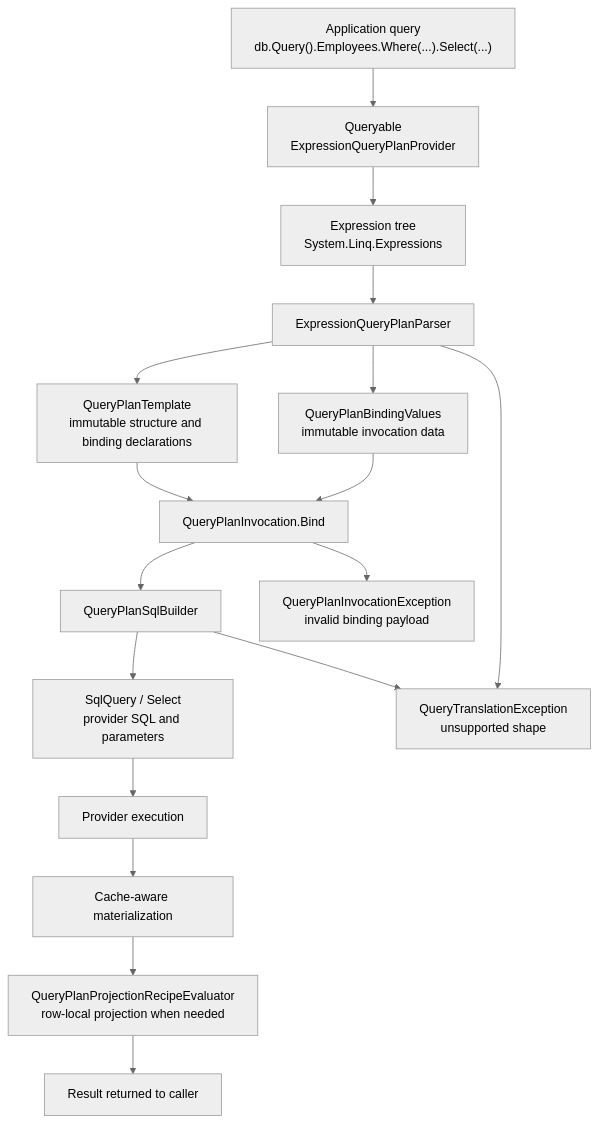
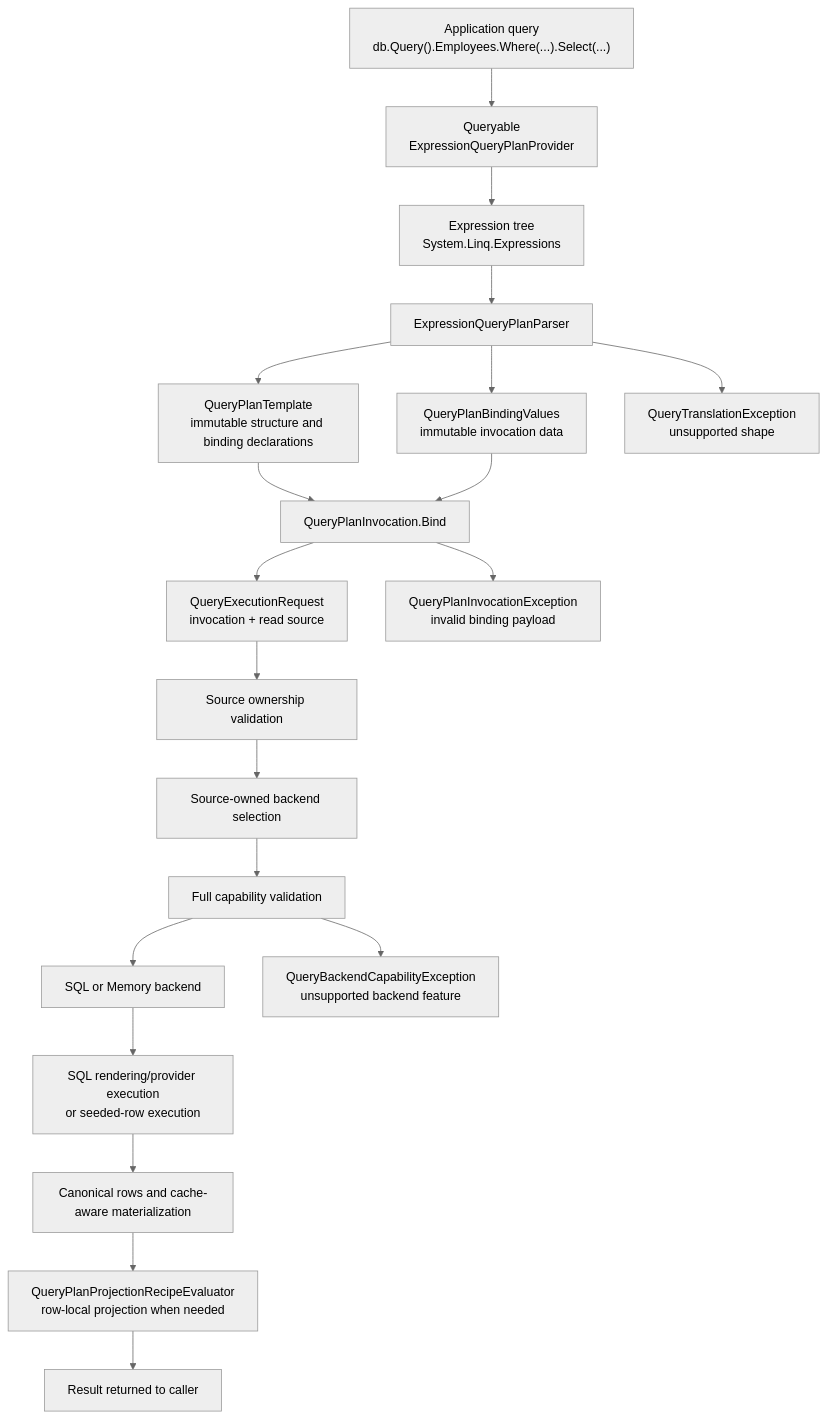
One commit to bazer/DataLinq changed the first of 7 diagrams in docs/internals/LINQ Parser Architecture.md. Above: the diagram before and after it, drawn with Mermaid (neutral theme). The commit also changed other lines of this file and 32 other files, not shown here.

````diff
--- a/docs/internals/LINQ Parser Architecture.md
+++ b/docs/internals/LINQ Parser Architecture.md
@@ -25,20 +25,23 @@
 ```mermaid
 flowchart TD
     A["Application query<br/>db.Query().Employees.Where(...).Select(...)"] --> B["Queryable<T><br/>ExpressionQueryPlanProvider"]
     B --> C["Expression tree<br/>System.Linq.Expressions"]
     C --> D["ExpressionQueryPlanParser"]
     D --> E["QueryPlanTemplate<br/>immutable structure and binding declarations"]
     D --> F["QueryPlanBindingValues<br/>immutable invocation data"]
     E --> G["QueryPlanInvocation.Bind"]
     F --> G
-    G --> H["QueryPlanSqlBuilder"]
-    H --> I["SqlQuery / Select<br/>provider SQL and parameters"]
-    I --> J["Provider execution"]
-    J --> K["Cache-aware materialization"]
+    G --> RQ["QueryExecutionRequest<br/>invocation + read source"]
+    RQ --> OWN["Source ownership validation"]
+    OWN --> BACKEND["Source-owned backend selection"]
+    BACKEND --> CAP["Full capability validation"]
+    CAP --> H["SQL or Memory backend"]
+    H --> I["SQL rendering/provider execution<br/>or seeded-row execution"]
+    I --> K["Canonical rows and cache-aware materialization"]
     K --> L["QueryPlanProjectionRecipeEvaluator<br/>row-local projection when needed"]
     L --> M["Result returned to caller"]
 
     D --> N["QueryTranslationException<br/>unsupported shape"]
     G --> O["QueryPlanInvocationException<br/>invalid binding payload"]
-    H --> N
+    CAP --> P["QueryBackendCapabilityException<br/>unsupported backend feature"]
 ```
````
